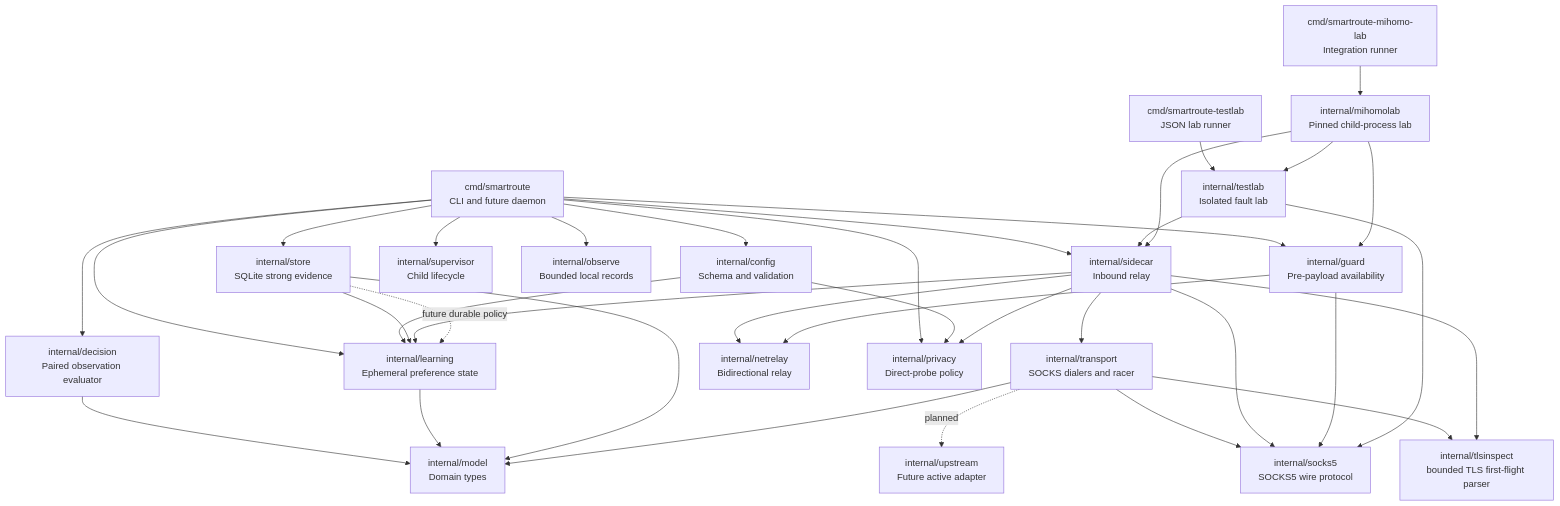
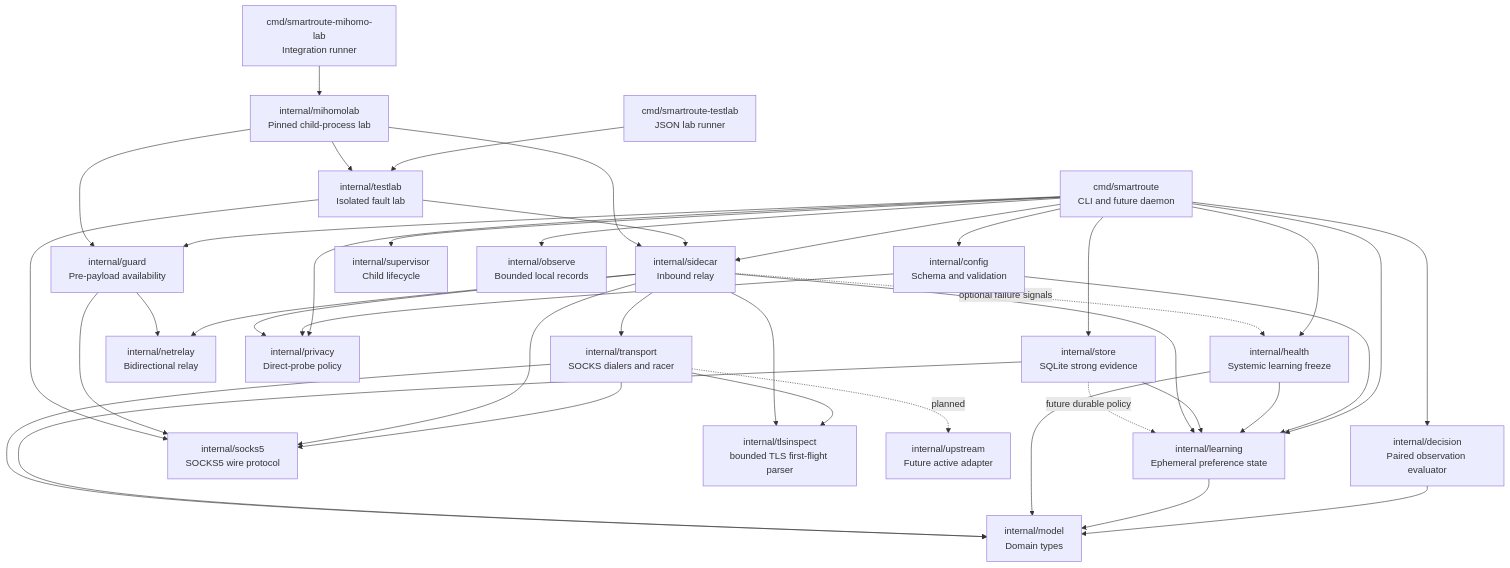
The diagram in docs/04-component-catalog.md (firfisa/smartroute), drawn with Mermaid before and after one commit. The commit also changed other lines of this file and 19 other files, not shown here.

Commit message:
feat(learning): freeze on systemic failures

````diff
--- a/docs/04-component-catalog.md
+++ b/docs/04-component-catalog.md
@@ -10,59 +10,64 @@
 ```mermaid
 flowchart TB
     CLI["cmd/smartroute\nCLI and future daemon"]
     Config["internal/config\nSchema and validation"]
     Model["internal/model\nDomain types"]
     Decision["internal/decision\nPaired observation evaluator"]
     Learning["internal/learning\nEphemeral preference state"]
+    Health["internal/health\nSystemic learning freeze"]
     SOCKS["internal/socks5\nSOCKS5 wire protocol"]
     Transport["internal/transport\nSOCKS dialers and racer"]
     TLSInspect["internal/tlsinspect\nbounded TLS first-flight parser"]
     Sidecar["internal/sidecar\nInbound relay"]
     Guard["internal/guard\nPre-payload availability"]
     NetRelay["internal/netrelay\nBidirectional relay"]
     Privacy["internal/privacy\nDirect-probe policy"]
     Supervisor["internal/supervisor\nChild lifecycle"]
     Observe["internal/observe\nBounded local records"]
     TestLab["internal/testlab\nIsolated fault lab"]
     LabCLI["cmd/smartroute-testlab\nJSON lab runner"]
     MihomoLab["internal/mihomolab\nPinned child-process lab"]
     MihomoLabCLI["cmd/smartroute-mihomo-lab\nIntegration runner"]
     Mihomo["internal/upstream\nFuture active adapter"]
     Store["internal/store\nSQLite strong evidence"]
 
     CLI --> Config
     CLI --> Decision
     CLI --> Learning
+    CLI --> Health
     CLI --> Sidecar
     CLI --> Guard
     CLI --> Privacy
     CLI --> Supervisor
     CLI --> Observe
     CLI --> Store
     Config --> Privacy
     Config --> Learning
     Decision --> Model
     Learning --> Model
+    Health --> Learning
+    Health --> Model
     Store --> Learning
     Store --> Model
     Transport --> Model
     Transport --> SOCKS
     Transport --> TLSInspect
     Sidecar --> TLSInspect
     Sidecar --> SOCKS
     Sidecar --> Transport
     Sidecar --> NetRelay
     Sidecar --> Privacy
     Sidecar --> Learning
+    Sidecar -. "optional failure signals" .-> Health
     Guard --> SOCKS
     Guard --> NetRelay
     TestLab --> Sidecar
     TestLab --> SOCKS
     LabCLI --> TestLab
     MihomoLabCLI --> MihomoLab
     MihomoLab --> Sidecar
     MihomoLab --> Guard
     MihomoLab --> TestLab
     Transport -. "planned" .-> Mihomo
     Store -. "future durable policy" .-> Learning
 ```
````
